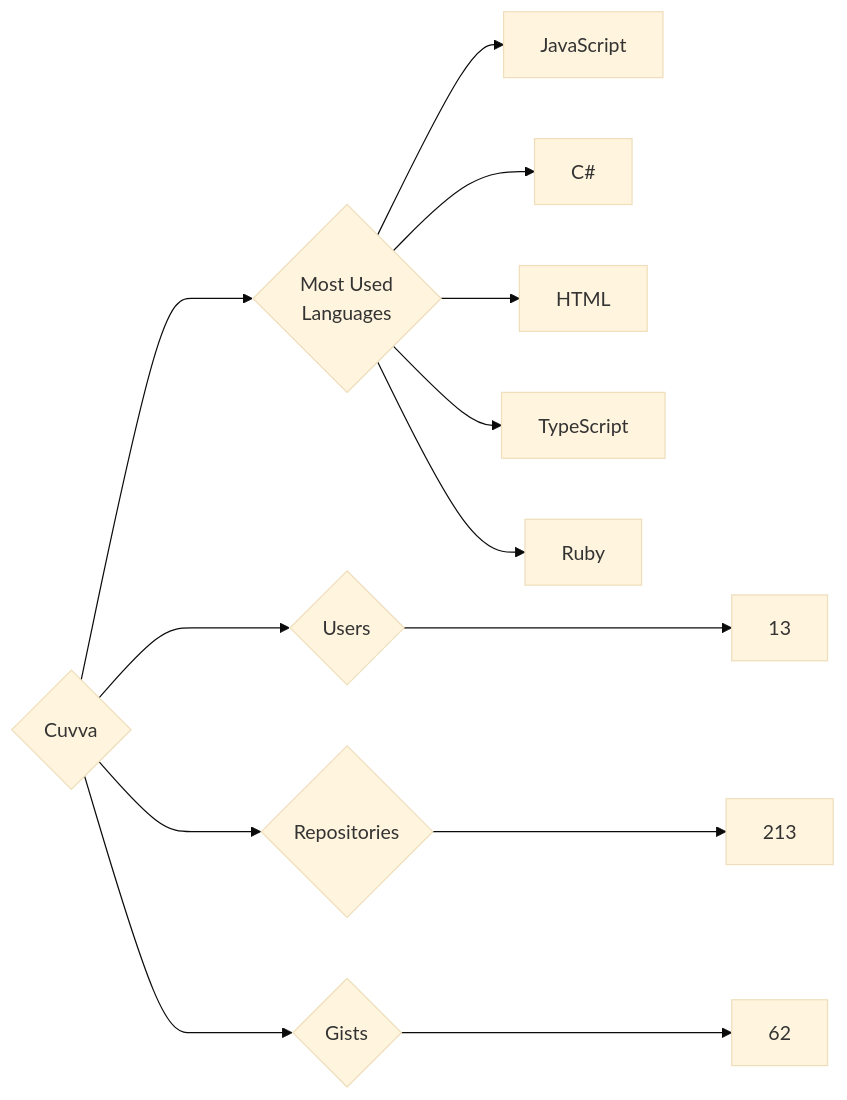
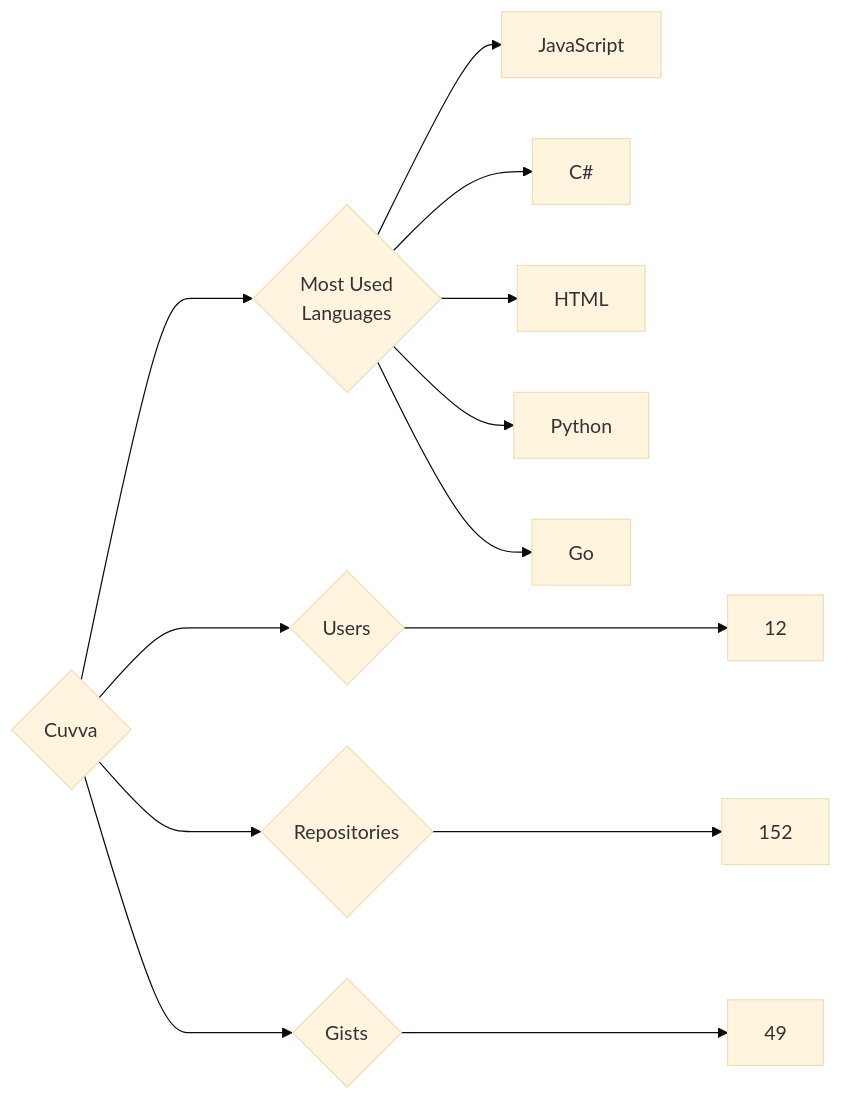
One commit to trickest/insiders changed the diagram in targets/Cuvva/README.md. Above: the diagram before and after it, drawn with Mermaid (base theme). The commit also changed 757 other files, not shown here.

````diff
--- a/targets/Cuvva/README.md
+++ b/targets/Cuvva/README.md
@@ -3,13 +3,13 @@
 ```mermaid
 graph LR
 COMPANY_NAME{Cuvva}
-COMPANY_NAME ---> U{Users} ---> UN[13]
-COMPANY_NAME ---> R{Repositories} ---> RN[213]
-COMPANY_NAME ---> G{Gists} ---> GN[62]
+COMPANY_NAME ---> U{Users} ---> UN[12]
+COMPANY_NAME ---> R{Repositories} ---> RN[152]
+COMPANY_NAME ---> G{Gists} ---> GN[49]
 COMPANY_NAME ---> ML{Most Used<br>Languages}
 ML --> JavaScript[JavaScript]
 ML --> C#[C#]
 ML --> HTML[HTML]
-ML --> TypeScript[TypeScript]
-ML --> Ruby[Ruby]
+ML --> Python[Python]
+ML --> Go[Go]
 ```
````
